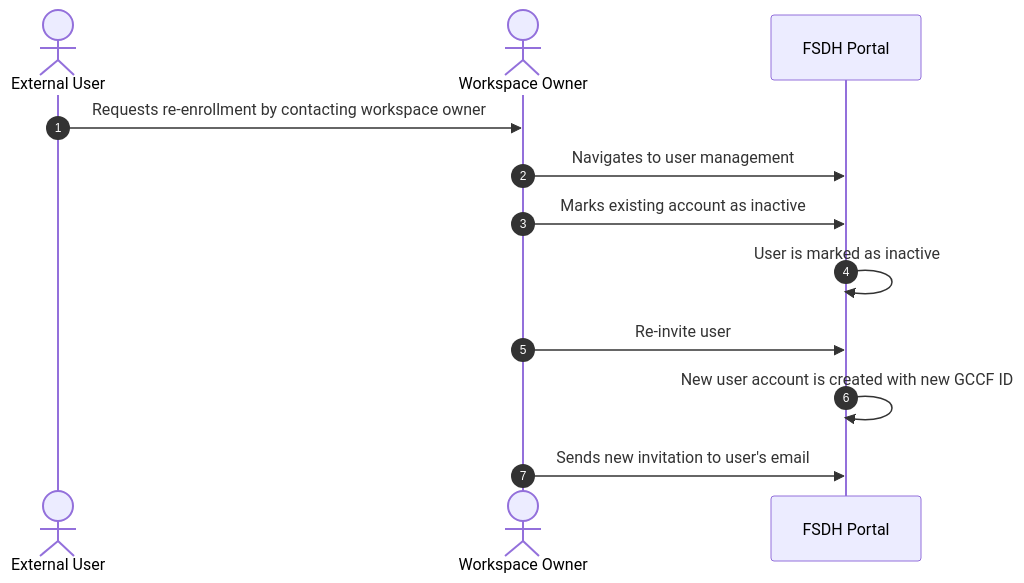
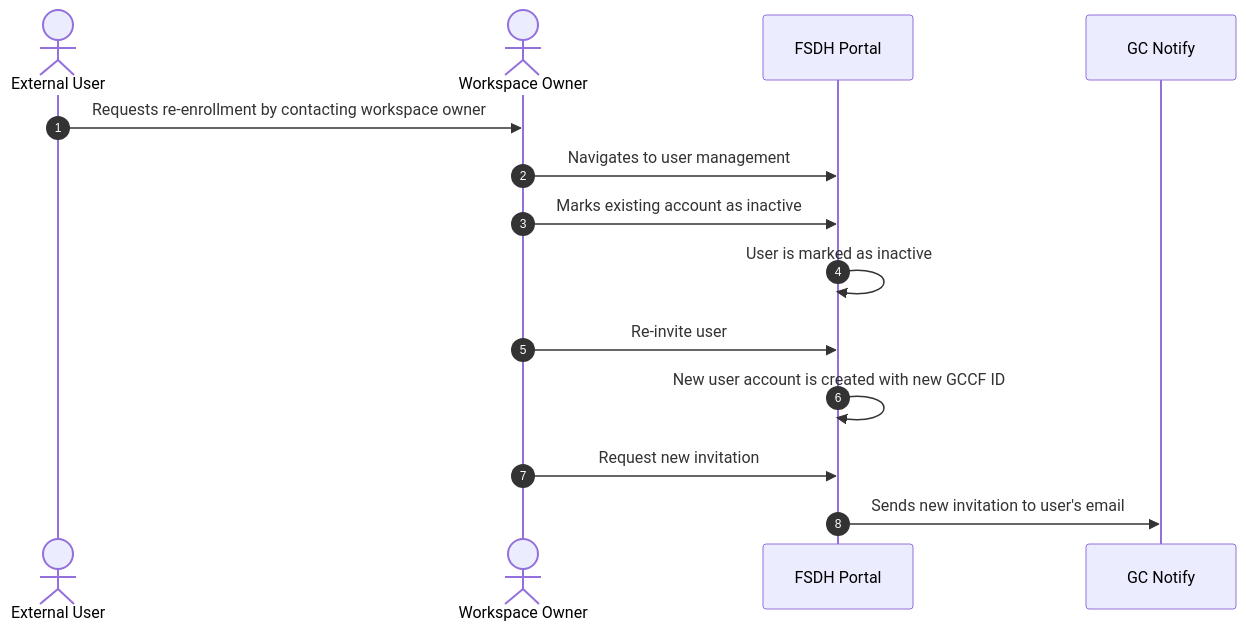
The ninth of 12 diagrams in DeveloperGuide/GCCF/AuthenticationFlows.md (ssc-sp/datahub-docs), drawn with Mermaid before and after one commit.

Commit message:
updated diagram with proper notification message

````diff
--- a/DeveloperGuide/GCCF/AuthenticationFlows.md
+++ b/DeveloperGuide/GCCF/AuthenticationFlows.md
@@ -269,15 +269,17 @@
 ```mermaid
 sequenceDiagram
     actor User as External User
     actor Owner as Workspace Owner
     participant FSDH as FSDH Portal
+    participant GCNotify as GC Notify
 
     autonumber
     User->>Owner: Requests re-enrollment by contacting workspace owner
     Owner->>FSDH: Navigates to user management
     Owner->>FSDH: Marks existing account as inactive
     FSDH->>FSDH: User is marked as inactive
     Owner->>FSDH: Re-invite user
     FSDH->>FSDH: New user account is created with new GCCF ID
-    Owner->>FSDH: Sends new invitation to user's email
+    Owner->>FSDH: Request new invitation
+    FSDH->>GCNotify: Sends new invitation to user's email
 ```
````
